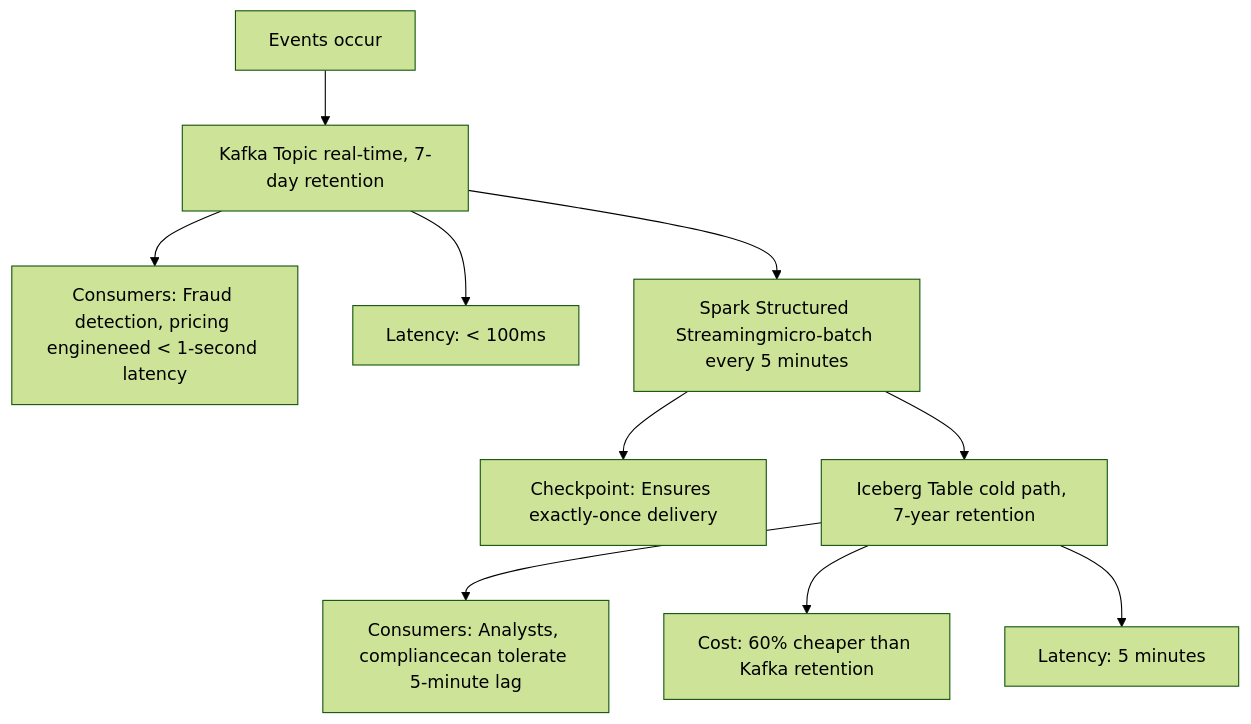
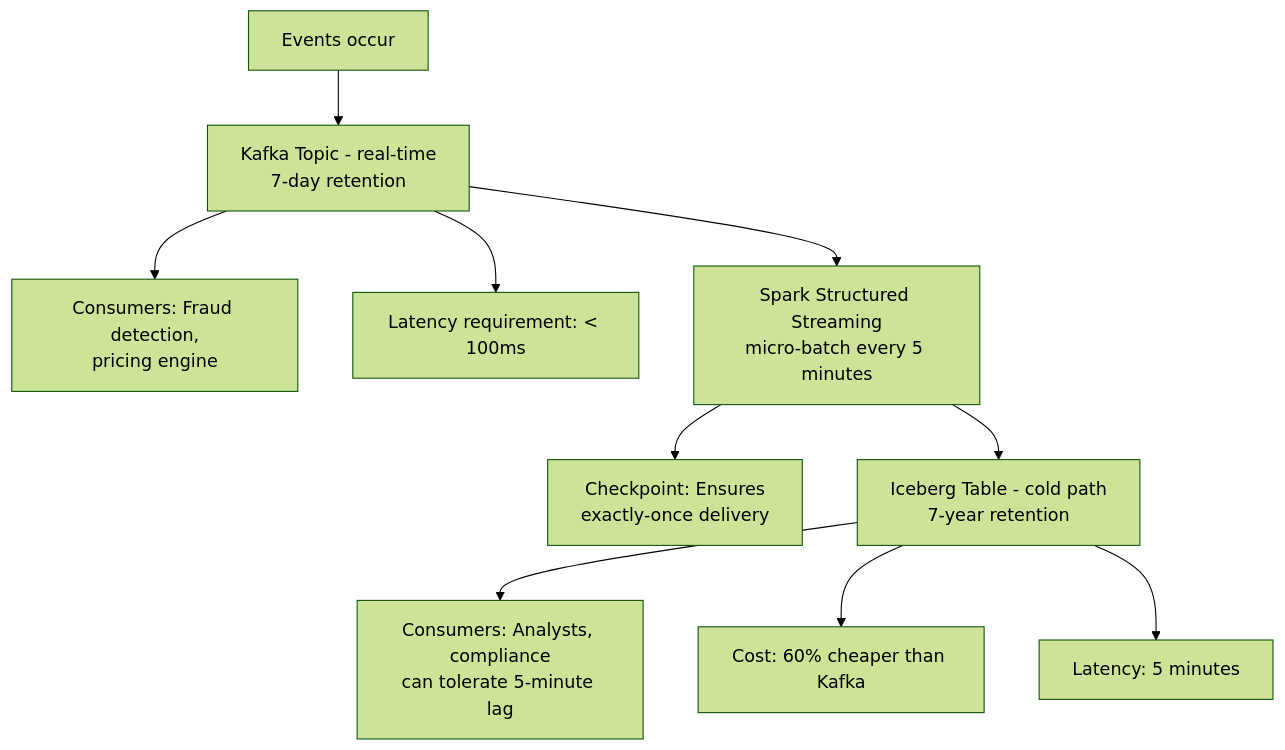
The first of 5 diagrams in docs/adrs/ADR-0004-real-time.md (naren-chakraview/chakraview-fintech-data-mesh), drawn with Mermaid (forest theme) before and after one commit. The commit also changed other lines of this file and 21 other files, not shown here.

First line of the commit message:
Fix mermaid diagram rendering issues in fintech data mesh documentation

````diff
--- a/docs/adrs/ADR-0004-real-time.md
+++ b/docs/adrs/ADR-0004-real-time.md
@@ -29,13 +29,13 @@
 ```mermaid
 graph TD
     A["Events occur"]
-    A --> B["Kafka Topic real-time, 7-day retention"]
-    B --> B1["Consumers: Fraud detection, pricing engineneed < 1-second latency"]
-    B --> B2["Latency: < 100ms"]
-    B --> C["Spark Structured Streamingmicro-batch every 5 minutes"]
-    C --> C1["Checkpoint: Ensures exactly-once delivery"]
-    C --> D["Iceberg Table cold path, 7-year retention"]
-    D --> D1["Consumers: Analysts, compliancecan tolerate 5-minute lag"]
-    D --> D2["Cost: 60% cheaper than Kafka retention"]
+    A --> B["Kafka Topic - real-time<br/>7-day retention"]
+    B --> B1["Consumers: Fraud detection,<br/>pricing engine"]
+    B --> B2["Latency requirement: &lt; 100ms"]
+    B --> C["Spark Structured Streaming<br/>micro-batch every 5 minutes"]
+    C --> C1["Checkpoint: Ensures<br/>exactly-once delivery"]
+    C --> D["Iceberg Table - cold path<br/>7-year retention"]
+    D --> D1["Consumers: Analysts, compliance<br/>can tolerate 5-minute lag"]
+    D --> D2["Cost: 60% cheaper than Kafka"]
     D --> D3["Latency: 5 minutes"]
 ```
````
